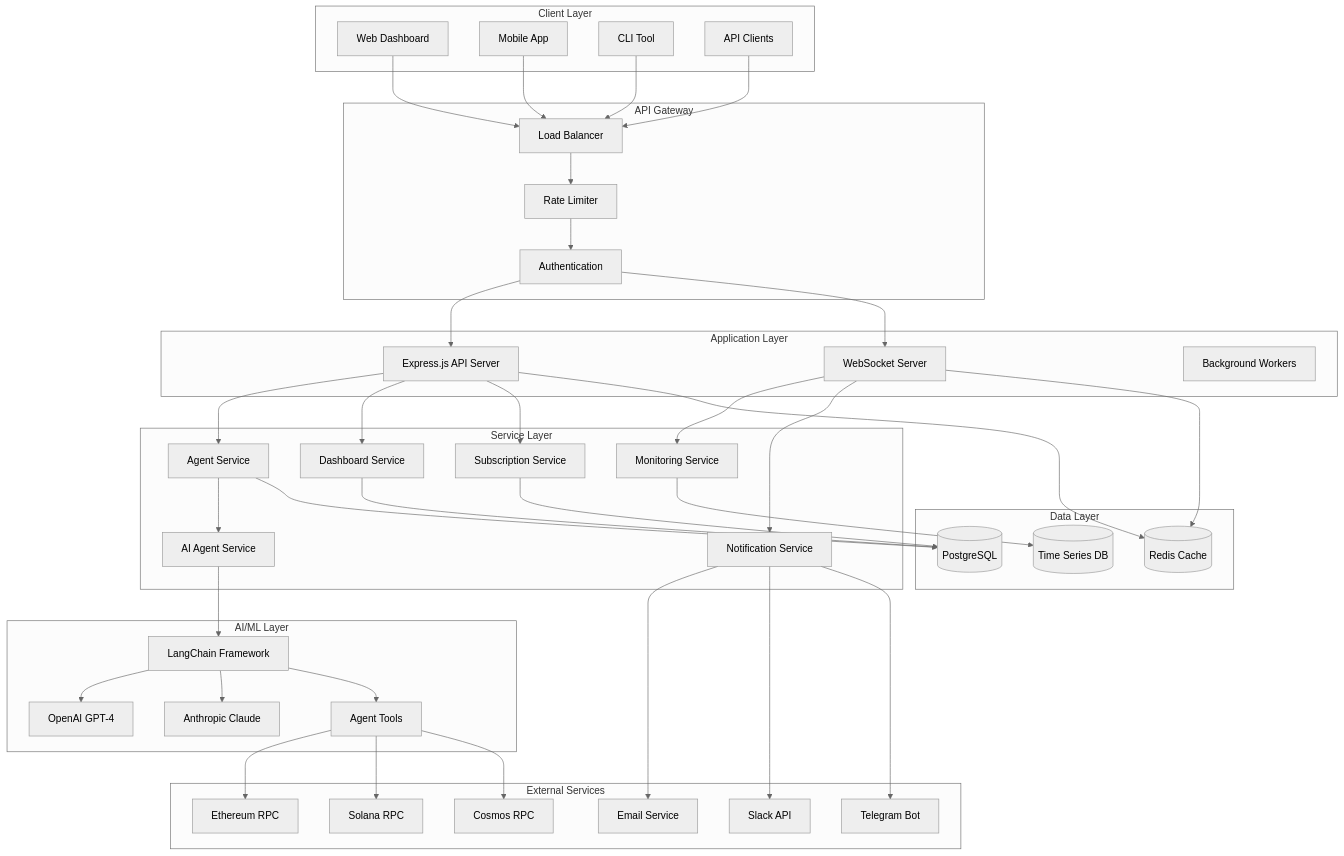
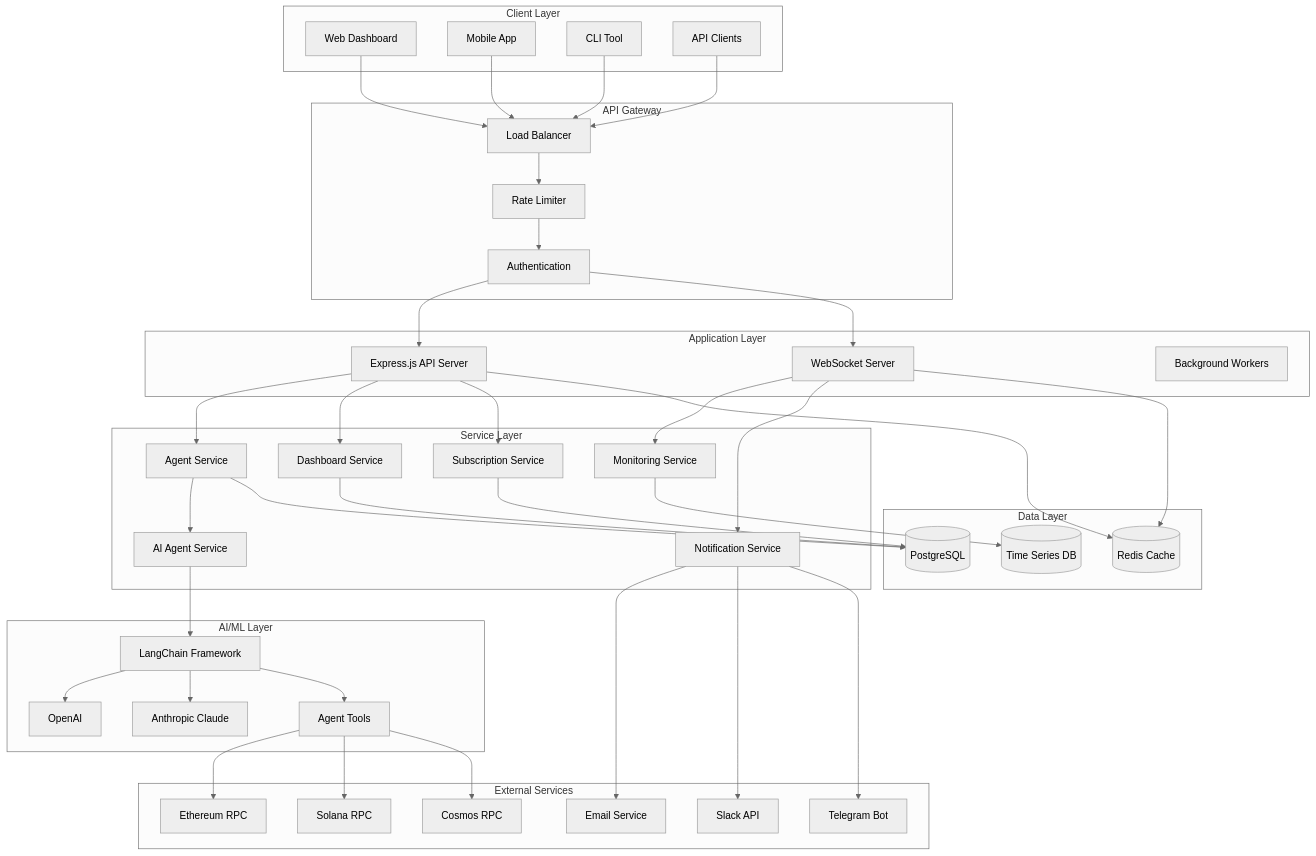
The first of 7 diagrams in docs/architecture/system-overview.md (mentisprotocol/mentis-app), drawn with Mermaid (neutral theme) before and after one commit. The commit also changed other lines of this file, not shown here.

```diff
--- a/docs/architecture/system-overview.md
+++ b/docs/architecture/system-overview.md
@@ -36,7 +36,7 @@
 
     subgraph "AI/ML Layer"
         LANGCHAIN[LangChain Framework]
-        OPENAI[OpenAI GPT-4]
+        OPENAI[OpenAI]
         ANTHROPIC[Anthropic Claude]
         TOOLS[Agent Tools]
     end
```
